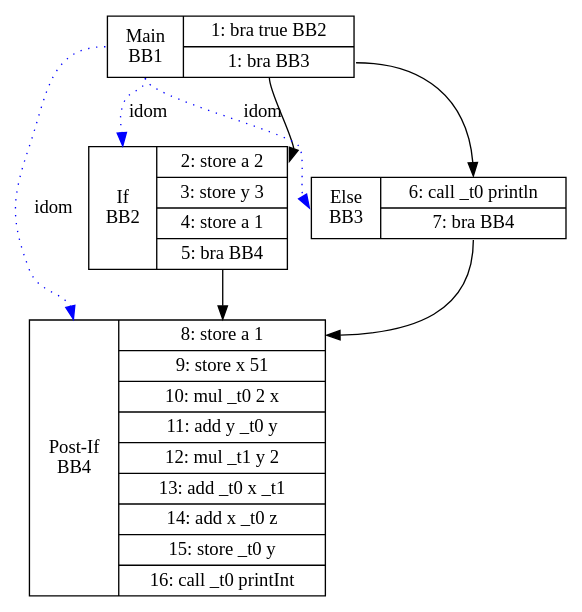
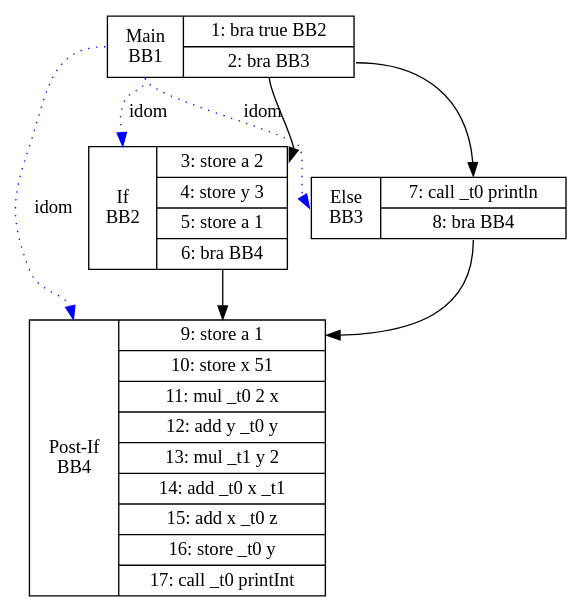
One commit to CoralRocker/CSCE434-Charlotte-Gaultier changed the diagram in graphs/PA7/test000_cfg.dot. Above: the diagram before and after it, drawn with Graphviz. The commit also changed 18 other files, not shown here.

```diff
--- a/graphs/PA7/test000_cfg.dot
+++ b/graphs/PA7/test000_cfg.dot
@@ -1,34 +1,34 @@
 digraph G {
 bb1 [shape=record, label="<B> Main \n BB1 | {<entry>
 	1: bra true BB2 
-|<exit>	1: bra BB3 
+|<exit>	2: bra BB3 
 }"];
 bb1:exit -> bb2:entry
 bb1:exit -> bb3:entry
 bb2 [shape=record, label="<B> If \n BB2 | {<entry>
-	2: store a 2 
-|	3: store y 3 
-|	4: store a 1 
-|<exit>	5: bra BB4 
+	3: store a 2 
+|	4: store y 3 
+|	5: store a 1 
+|<exit>	6: bra BB4 
 }"];
 bb2:exit -> bb4:entry
 bb1:B -> bb2:B [style=dotted, color=blue, label=idom];
 bb3 [shape=record, label="<B> Else \n BB3 | {<entry>
-	6: call _t0 println 
-|<exit>	7: bra BB4 
+	7: call _t0 println 
+|<exit>	8: bra BB4 
 }"];
 bb3:exit -> bb4:entry
 bb1:B -> bb3:B [style=dotted, color=blue, label=idom];
 bb4 [shape=record, label="<B> Post-If \n BB4 | {<entry>
-	8: store a 1 
-|	9: store x 51 
-|	10: mul _t0 2 x 
-|	11: add y _t0 y 
-|	12: mul _t1 y 2 
-|	13: add _t0 x _t1 
-|	14: add x _t0 z 
-|	15: store _t0 y 
-|<exit>	16: call _t0 printInt 
+	9: store a 1 
+|	10: store x 51 
+|	11: mul _t0 2 x 
+|	12: add y _t0 y 
+|	13: mul _t1 y 2 
+|	14: add _t0 x _t1 
+|	15: add x _t0 z 
+|	16: store _t0 y 
+|<exit>	17: call _t0 printInt 
 }"];
 bb1:B -> bb4:B [style=dotted, color=blue, label=idom];
 }
```
